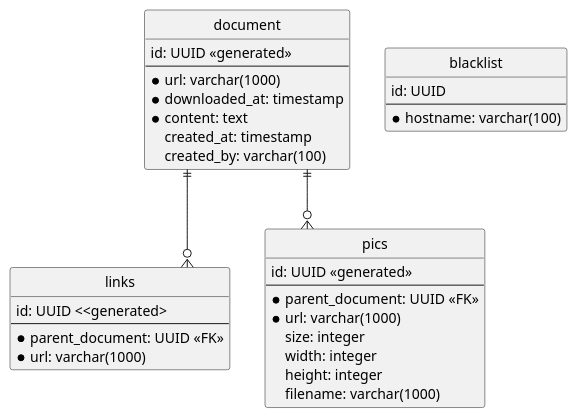
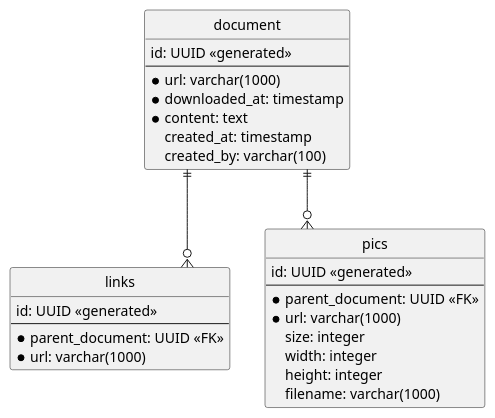
Before and after one commit to jdufner/WebScraper: the diagram in WebScraper Data Model.puml, drawn with PlantUML. The commit also changed 4 other files, not shown here.

```diff
--- a/WebScraper Data Model.puml
+++ b/WebScraper Data Model.puml
@@ -1,44 +1,38 @@
 @startuml
 
 hide circle
 skinparam linetype ortho
 
 entity document {
     id: UUID <<generated>>
     --
     * url: varchar(1000)
     * downloaded_at: timestamp
     * content: text
     created_at: timestamp
     created_by: varchar(100)
 }
 
 entity links {
-    id: UUID <<generated>
+    id: UUID <<generated>>
     --
     * parent_document: UUID <<FK>>
     * url: varchar(1000)
 }
 
 entity pics {
     id: UUID <<generated>>
     --
     * parent_document: UUID <<FK>>
     * url: varchar(1000)
     size: integer
     width: integer
     height: integer
     filename: varchar(1000)
 }
 
-entity blacklist {
-    id: UUID
-    --
-    * hostname: varchar(100)
-}
-
 
 document ||--o{ links
 document ||--o{ pics
 
 @enduml
```
